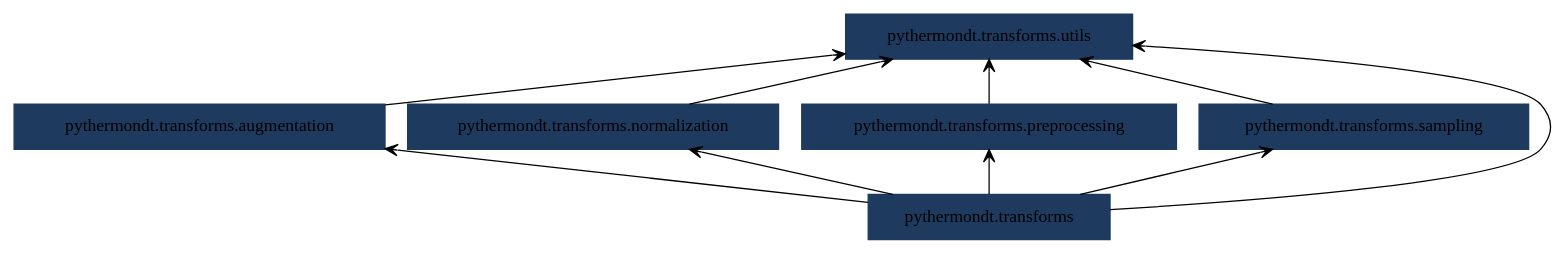
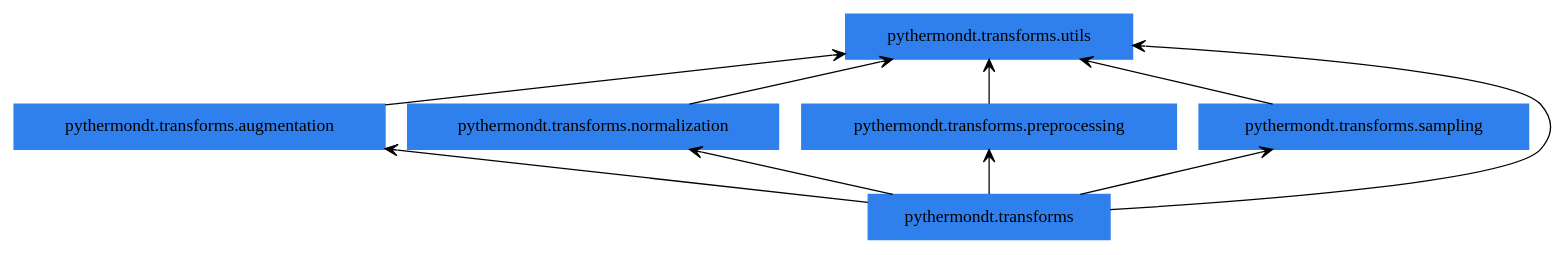
Before and after one commit to voidsy-gmbh/pyThermoNDT: the diagram in docs/pyreverse/packages_pythermondt.transforms.gv, drawn with Graphviz. The commit also changed 25 other files, not shown here.

Commit message:
Update pyreverse diagrams

```diff
--- a/docs/pyreverse/packages_pythermondt.transforms.gv
+++ b/docs/pyreverse/packages_pythermondt.transforms.gv
@@ -1,19 +1,19 @@
 digraph "packages_pythermondt.transforms" {
 rankdir=BT
 charset="utf-8"
-"pythermondt.transforms" [color="#1E3A5F", label=<pythermondt.transforms>, shape="box", style="filled"];
-"pythermondt.transforms.augmentation" [color="#1E3A5F", label=<pythermondt.transforms.augmentation>, shape="box", style="filled"];
-"pythermondt.transforms.normalization" [color="#1E3A5F", label=<pythermondt.transforms.normalization>, shape="box", style="filled"];
-"pythermondt.transforms.preprocessing" [color="#1E3A5F", label=<pythermondt.transforms.preprocessing>, shape="box", style="filled"];
-"pythermondt.transforms.sampling" [color="#1E3A5F", label=<pythermondt.transforms.sampling>, shape="box", style="filled"];
-"pythermondt.transforms.utils" [color="#1E3A5F", label=<pythermondt.transforms.utils>, shape="box", style="filled"];
+"pythermondt.transforms" [color="#2F80ED", label=<pythermondt.transforms>, shape="box", style="filled"];
+"pythermondt.transforms.augmentation" [color="#2F80ED", label=<pythermondt.transforms.augmentation>, shape="box", style="filled"];
+"pythermondt.transforms.normalization" [color="#2F80ED", label=<pythermondt.transforms.normalization>, shape="box", style="filled"];
+"pythermondt.transforms.preprocessing" [color="#2F80ED", label=<pythermondt.transforms.preprocessing>, shape="box", style="filled"];
+"pythermondt.transforms.sampling" [color="#2F80ED", label=<pythermondt.transforms.sampling>, shape="box", style="filled"];
+"pythermondt.transforms.utils" [color="#2F80ED", label=<pythermondt.transforms.utils>, shape="box", style="filled"];
 "pythermondt.transforms" -> "pythermondt.transforms.augmentation" [arrowhead="open", arrowtail="none"];
 "pythermondt.transforms" -> "pythermondt.transforms.normalization" [arrowhead="open", arrowtail="none"];
 "pythermondt.transforms" -> "pythermondt.transforms.preprocessing" [arrowhead="open", arrowtail="none"];
 "pythermondt.transforms" -> "pythermondt.transforms.sampling" [arrowhead="open", arrowtail="none"];
 "pythermondt.transforms" -> "pythermondt.transforms.utils" [arrowhead="open", arrowtail="none"];
 "pythermondt.transforms.augmentation" -> "pythermondt.transforms.utils" [arrowhead="open", arrowtail="none"];
 "pythermondt.transforms.normalization" -> "pythermondt.transforms.utils" [arrowhead="open", arrowtail="none"];
 "pythermondt.transforms.preprocessing" -> "pythermondt.transforms.utils" [arrowhead="open", arrowtail="none"];
 "pythermondt.transforms.sampling" -> "pythermondt.transforms.utils" [arrowhead="open", arrowtail="none"];
 }
```
